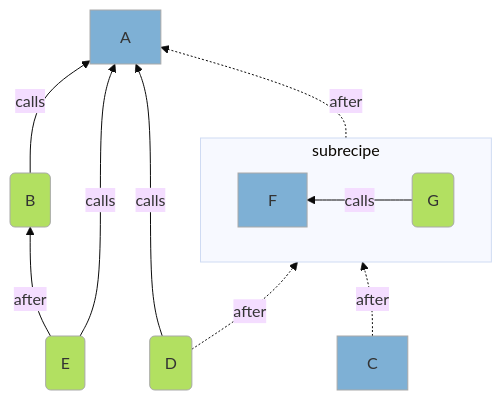
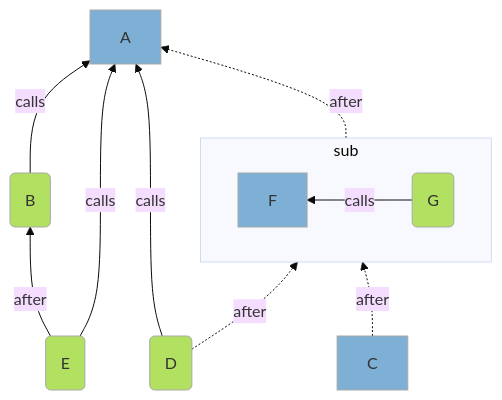
Before and after one commit to mawulisokpor/hardhat-website: the second of 5 diagrams in design.md, drawn with Mermaid (base theme). The commit also changed other lines of this file and 1 other file, not shown here.

````diff
--- a/design.md
+++ b/design.md
@@ -70,26 +70,26 @@
 ```mermaid
 flowchart BT
   A:::contract
   B(B):::ccall
   C:::contract
   D(D):::ccall
   E(E):::ccall
 
-  subgraph subrecipe
+  subgraph sub
     direction RL
     F:::contract
     G(G):::ccall
     G -->|calls| F
   end
 
   B -- calls --> A
-  subrecipe -.->|after| A
-  D -.->|after| subrecipe
-  C -.->|after| subrecipe
+  sub -.->|after| A
+  D -.->|after| sub
+  C -.->|after| sub
   E -->|after| B
   D -->|calls| A
   E -->|calls| A
 
   classDef contract fill:#7eb0d5,stroke:darkgray;
   classDef ccall fill:#b2e061,stroke:darkgray;
 ```
````
